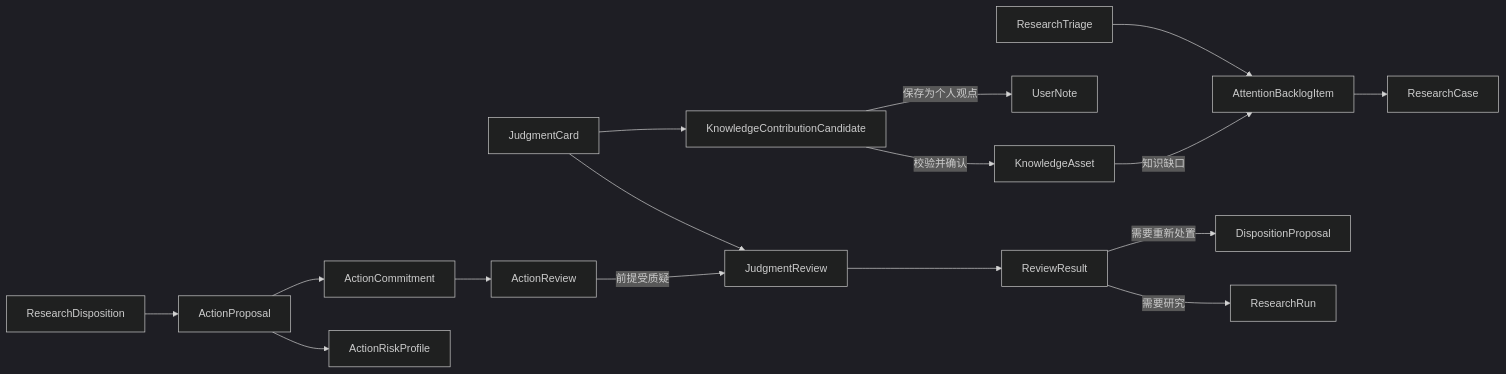
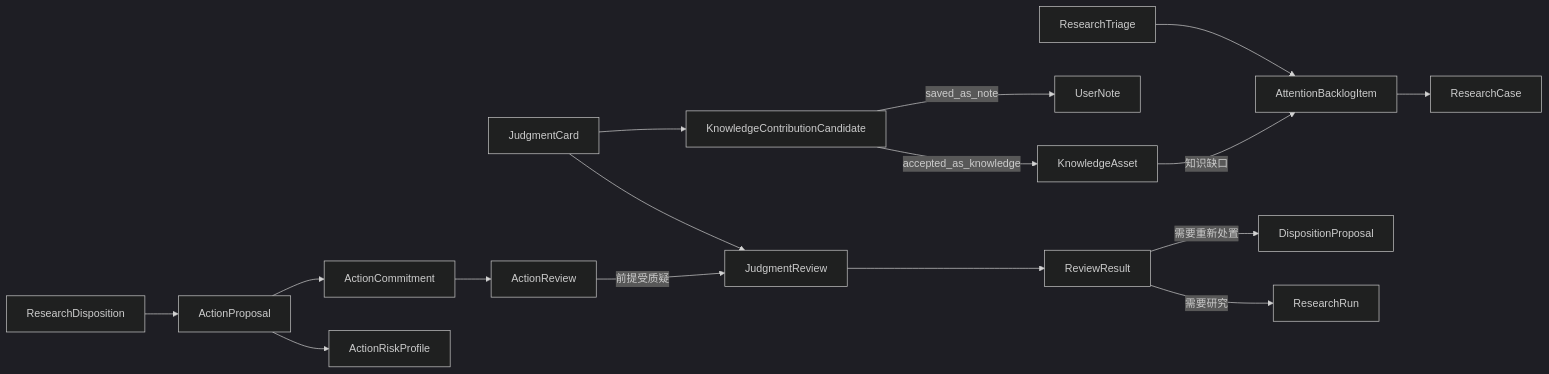
The second of 4 diagrams in docs/DOMAIN_MODEL.md (baijianqing/yantie-history), drawn with Mermaid (dark theme) before and after one commit. The commit also changed other lines of this file, not shown here.

````diff
--- a/docs/DOMAIN_MODEL.md
+++ b/docs/DOMAIN_MODEL.md
@@ -759,20 +767,20 @@
 ```mermaid
 flowchart LR
     TRIAGE[ResearchTriage] --> BACKLOG[AttentionBacklogItem]
     BACKLOG --> CASE[ResearchCase]
     CARD[JudgmentCard] --> REVIEW[JudgmentReview]
     REVIEW --> RESULT[ReviewResult]
     RESULT -->|需要研究| RUN[ResearchRun]
     RESULT -->|需要重新处置| DISP[DispositionProposal]
 
     RD[ResearchDisposition] --> AP[ActionProposal]
     AP --> RISK[ActionRiskProfile]
     AP --> AC[ActionCommitment]
     AC --> AR[ActionReview]
     AR -->|前提受质疑| REVIEW
 
     CARD --> KCC[KnowledgeContributionCandidate]
-    KCC -->|校验并确认| KA[KnowledgeAsset]
-    KCC -->|保存为个人观点| NOTE[UserNote]
+    KCC -->|accepted_as_knowledge| KA[KnowledgeAsset]
+    KCC -->|saved_as_note| NOTE[UserNote]
     KA -->|知识缺口| BACKLOG
 ```
````
